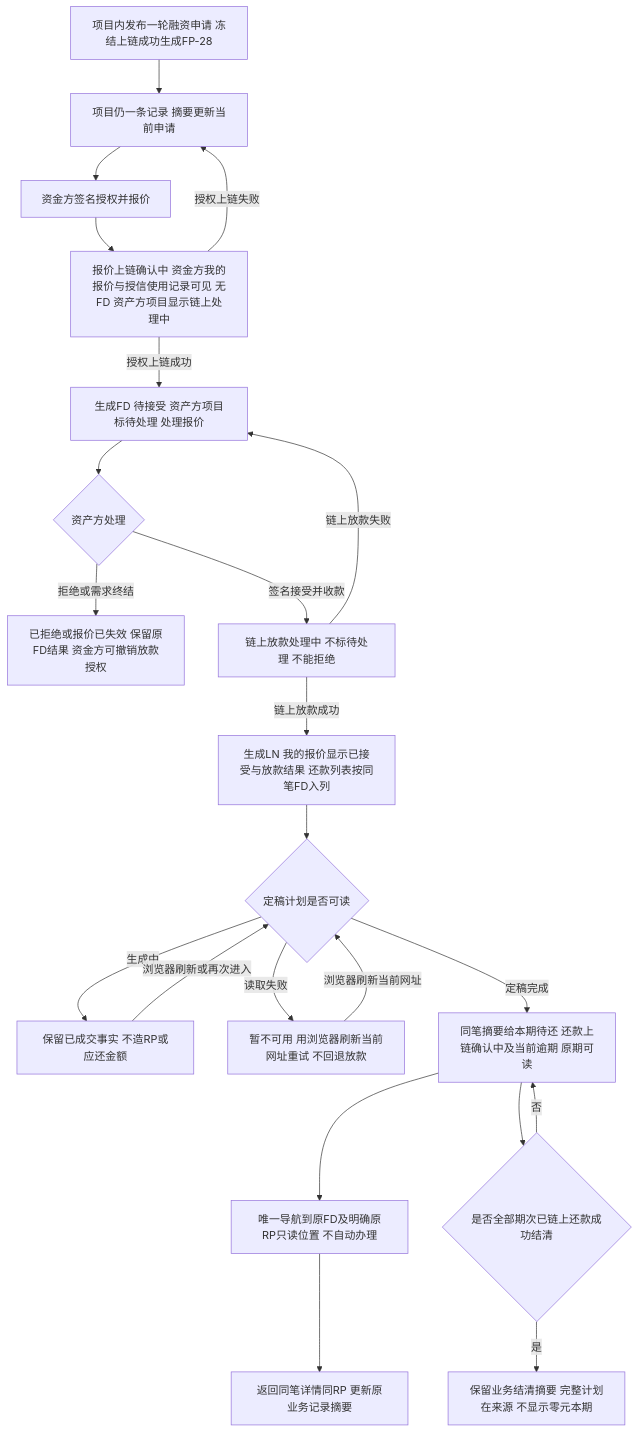
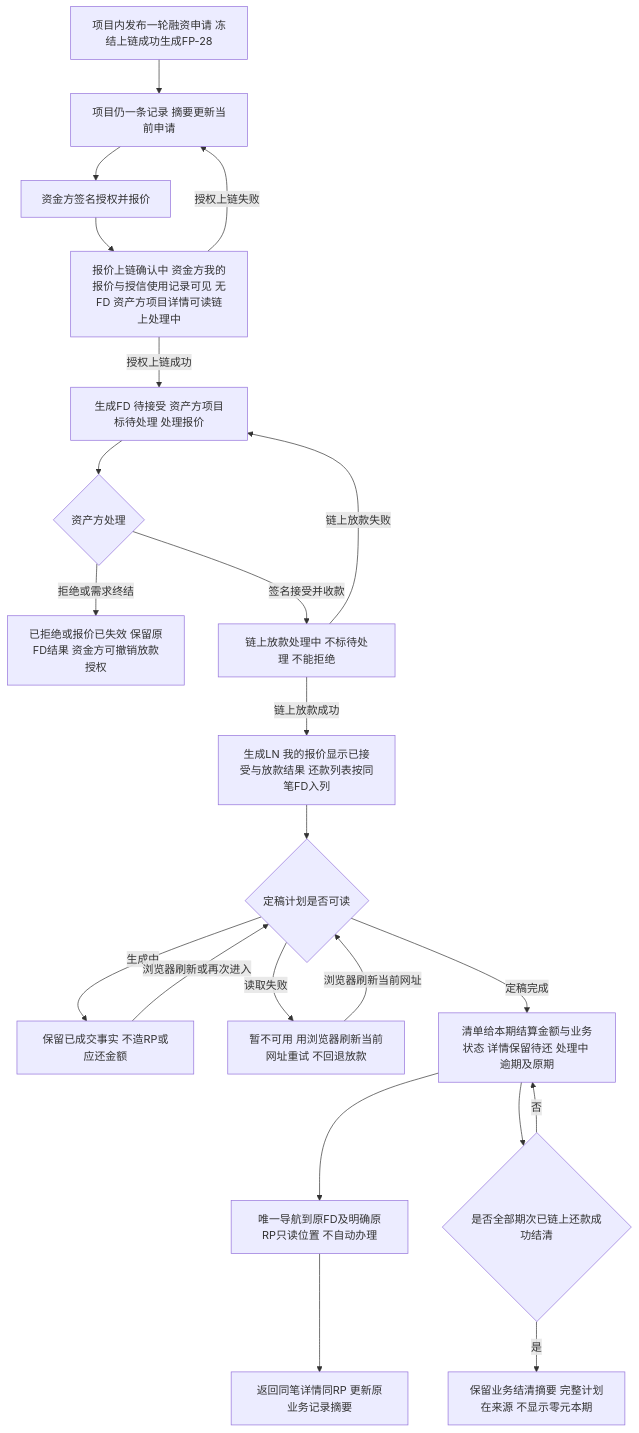
The tenth of 15 diagrams in lending-platform/PRD/面客端/09-我的控制台/02-我的控制台-流程图与状态机.md (wxblockchain/Chain-Financing), drawn with Mermaid before and after one commit. The commit also changed other lines of this file and 5 other files, not shown here.

````diff
--- a/lending-platform/PRD/面客端/09-我的控制台/02-我的控制台-流程图与状态机.md
+++ b/lending-platform/PRD/面客端/09-我的控制台/02-我的控制台-流程图与状态机.md
@@ -285,24 +287,24 @@
 ```mermaid
 flowchart TD
   A[项目内发布一轮融资申请 冻结上链成功生成FP-28] --> B[项目仍一条记录 摘要更新当前申请]
   B --> C[资金方签名授权并报价]
-  C --> C1[报价上链确认中 资金方我的报价与授信使用记录可见 无FD 资产方项目显示链上处理中]
+  C --> C1[报价上链确认中 资金方我的报价与授信使用记录可见 无FD 资产方项目详情可读链上处理中]
   C1 -- 授权上链失败 --> B
   C1 -- 授权上链成功 --> D[生成FD 待接受 资产方项目标待处理 处理报价]
   D --> E{资产方处理}
   E -- 拒绝或需求终结 --> F[已拒绝或报价已失效 保留原FD结果 资金方可撤销放款授权]
   E -- 签名接受并收款 --> G[链上放款处理中 不标待处理 不能拒绝]
   G -- 链上放款失败 --> D
   G -- 链上放款成功 --> H[生成LN 我的报价显示已接受与放款结果 还款列表按同笔FD入列]
   H --> L{定稿计划是否可读}
   L -- 生成中 --> M[保留已成交事实 不造RP或应还金额]
   M -- 浏览器刷新或再次进入 --> L
   L -- 读取失败 --> N[暂不可用 用浏览器刷新当前网址重试 不回退放款]
   N -- 浏览器刷新当前网址 --> L
-  L -- 定稿完成 --> O[同笔摘要给本期待还 还款上链确认中及当前逾期 原期可读]
+  L -- 定稿完成 --> O[清单给本期结算金额与业务状态 详情保留待还 处理中 逾期及原期]
   O --> Q[唯一导航到原FD及明确原RP只读位置 不自动办理]
   Q --> R[返回同笔详情同RP 更新原业务记录摘要]
   O --> S{是否全部期次已链上还款成功结清}
   S -- 是 --> T[保留业务结清摘要 完整计划在来源 不显示零元本期]
   S -- 否 --> O
 ```
````
